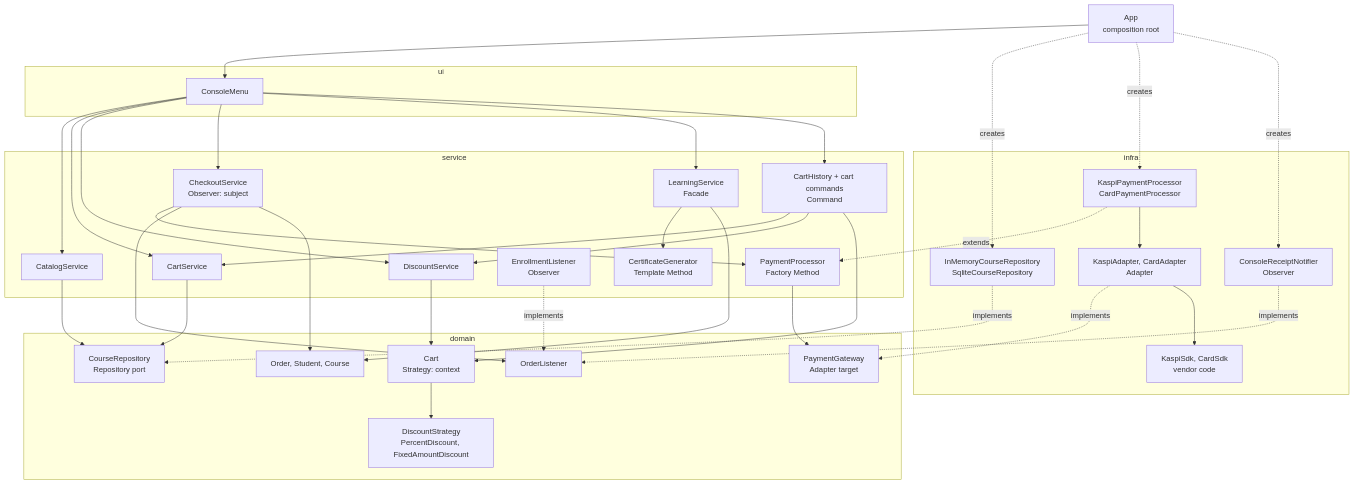
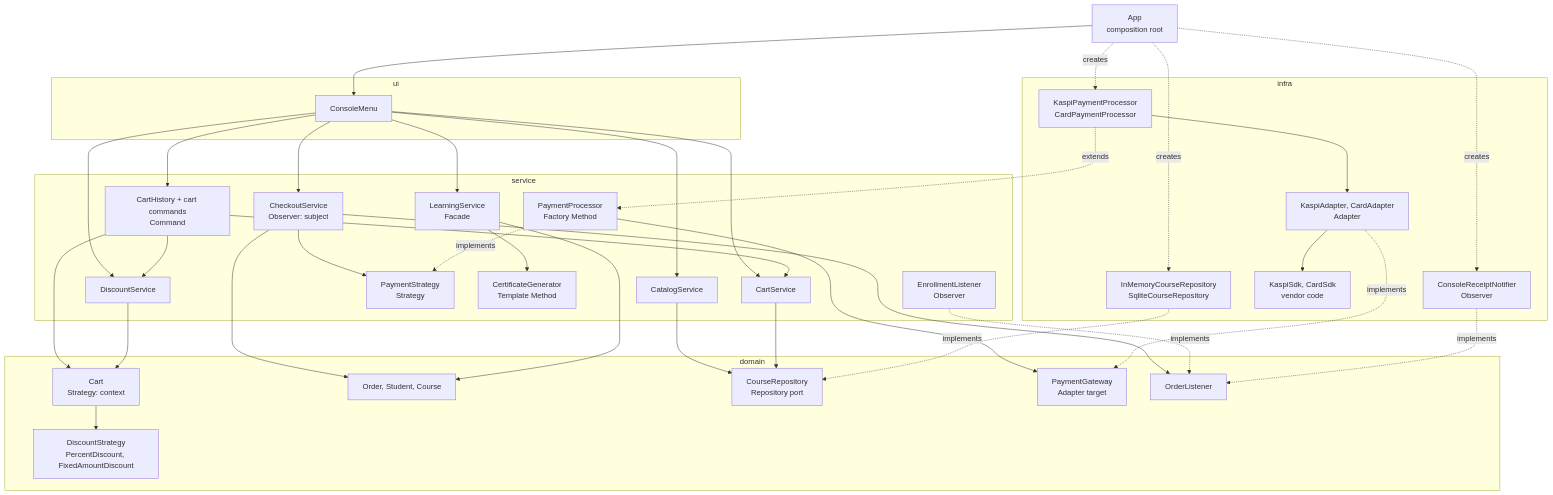
The diagram in README.md (ahmadforoghanoosh-alt/online-course-marketplace), drawn with Mermaid before and after one commit. The commit also changed other lines of this file and 3 other files, not shown here.

Commit message:
docs: ADR-0007 payment Strategy and pattern combination (#60)

````diff
--- a/README.md
+++ b/README.md
@@ -38,60 +38,62 @@
 ```mermaid
 flowchart TB
   App["App<br/>composition root"]
 
   subgraph UI["ui"]
     Menu["ConsoleMenu"]
   end
 
   subgraph SERVICE["service"]
     Catalog["CatalogService"]
     CartSvc["CartService"]
     History["CartHistory + cart commands<br/>Command"]
     Discounts["DiscountService"]
     Checkout["CheckoutService<br/>Observer: subject"]
     Learning["LearningService<br/>Facade"]
+    PayStrat["PaymentStrategy<br/>Strategy"]
     Processor["PaymentProcessor<br/>Factory Method"]
     CertGen["CertificateGenerator<br/>Template Method"]
     Enroll["EnrollmentListener<br/>Observer"]
   end
 
   subgraph DOMAIN["domain"]
     Cart["Cart<br/>Strategy: context"]
     Strategy["DiscountStrategy<br/>PercentDiscount, FixedAmountDiscount"]
     Order["Order, Student, Course"]
     RepoPort["CourseRepository<br/>Repository port"]
     Gateway["PaymentGateway<br/>Adapter target"]
     Listener["OrderListener"]
   end
 
   subgraph INFRA["infra"]
     Repos["InMemoryCourseRepository<br/>SqliteCourseRepository"]
     Adapters["KaspiAdapter, CardAdapter<br/>Adapter"]
     Sdks["KaspiSdk, CardSdk<br/>vendor code"]
     Procs["KaspiPaymentProcessor<br/>CardPaymentProcessor"]
     Receipt["ConsoleReceiptNotifier<br/>Observer"]
   end
 
   App --> Menu
   App -.creates.-> Repos & Procs & Receipt
 
   Menu --> Catalog & CartSvc & Discounts & Checkout & Learning & History
   History --> CartSvc & Discounts & Cart
   Catalog & CartSvc --> RepoPort
   Discounts --> Cart
   Cart --> Strategy
-  Checkout --> Processor
+  Checkout --> PayStrat
+  Processor -.implements.-> PayStrat
   Checkout --> Listener
   Checkout --> Order
   Learning --> CertGen
   Learning --> Order
   Processor --> Gateway
   Enroll -.implements.-> Listener
 
   Repos -.implements.-> RepoPort
   Procs -.extends.-> Processor
   Procs --> Adapters
   Adapters -.implements.-> Gateway
   Adapters --> Sdks
   Receipt -.implements.-> Listener
 ```
````
